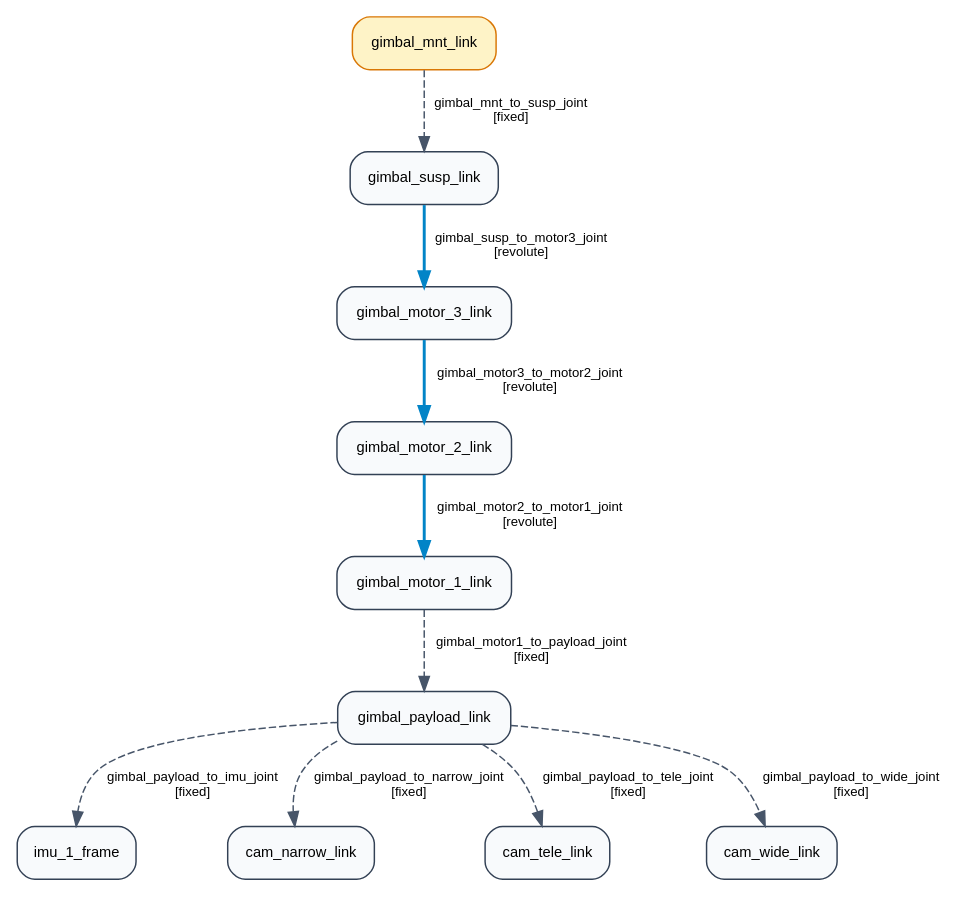
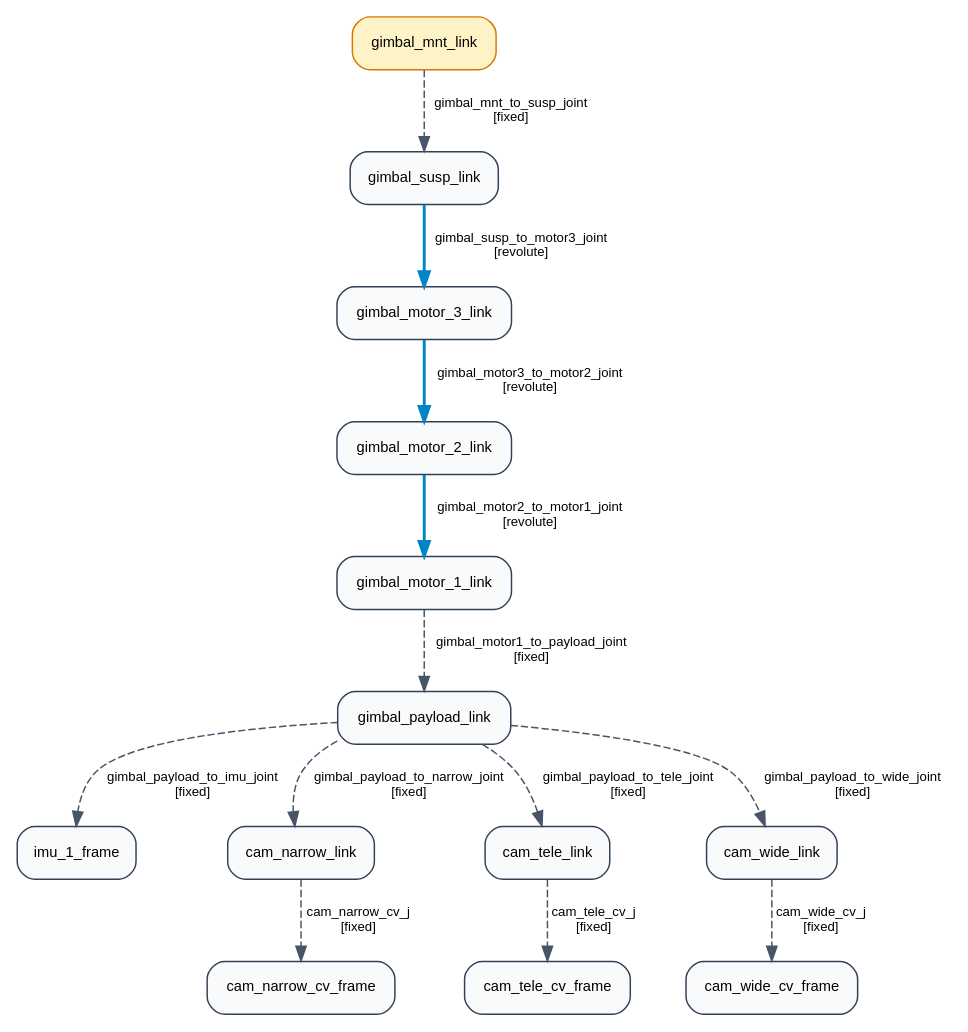
Before and after one commit to KelvinHuang-ASUS/virgo-kinematics-verification: the diagram in output/03_cad_coordinate_alignment/virgo_gimbal_joint_graph.gv, drawn with Graphviz. The commit also changed 11 other files, not shown here.

```diff
--- a/output/03_cad_coordinate_alignment/virgo_gimbal_joint_graph.gv
+++ b/output/03_cad_coordinate_alignment/virgo_gimbal_joint_graph.gv
@@ -1,26 +1,32 @@
 digraph G {
   rankdir=TB;
   node [fontname="Helvetica", fontsize=10, shape=box, style="filled,rounded"];
   edge [fontname="Helvetica", fontsize=9];
 
   "gimbal_mnt_link" [fillcolor="#FEF3C7", color="#D97706", label="gimbal_mnt_link"];
   "gimbal_susp_link" [fillcolor="#F8FAFC", color="#334155", label="gimbal_susp_link"];
   "gimbal_motor_3_link" [fillcolor="#F8FAFC", color="#334155", label="gimbal_motor_3_link"];
   "gimbal_motor_2_link" [fillcolor="#F8FAFC", color="#334155", label="gimbal_motor_2_link"];
   "gimbal_motor_1_link" [fillcolor="#F8FAFC", color="#334155", label="gimbal_motor_1_link"];
   "gimbal_payload_link" [fillcolor="#F8FAFC", color="#334155", label="gimbal_payload_link"];
   "imu_1_frame" [fillcolor="#F8FAFC", color="#334155", label="imu_1_frame"];
   "cam_narrow_link" [fillcolor="#F8FAFC", color="#334155", label="cam_narrow_link"];
   "cam_tele_link" [fillcolor="#F8FAFC", color="#334155", label="cam_tele_link"];
   "cam_wide_link" [fillcolor="#F8FAFC", color="#334155", label="cam_wide_link"];
+  "cam_narrow_cv_frame" [fillcolor="#F8FAFC", color="#334155", label="cam_narrow_cv_frame"];
+  "cam_tele_cv_frame" [fillcolor="#F8FAFC", color="#334155", label="cam_tele_cv_frame"];
+  "cam_wide_cv_frame" [fillcolor="#F8FAFC", color="#334155", label="cam_wide_cv_frame"];
 
   "gimbal_mnt_link" -> "gimbal_susp_link" [label="gimbal_mnt_to_susp_joint\n[fixed]", style="dashed", color="#475569"];
   "gimbal_susp_link" -> "gimbal_motor_3_link" [label="gimbal_susp_to_motor3_joint\n[revolute]", color="#0284C7", style="bold"];
   "gimbal_motor_3_link" -> "gimbal_motor_2_link" [label="gimbal_motor3_to_motor2_joint\n[revolute]", color="#0284C7", style="bold"];
   "gimbal_motor_2_link" -> "gimbal_motor_1_link" [label="gimbal_motor2_to_motor1_joint\n[revolute]", color="#0284C7", style="bold"];
   "gimbal_motor_1_link" -> "gimbal_payload_link" [label="gimbal_motor1_to_payload_joint\n[fixed]", style="dashed", color="#475569"];
   "gimbal_payload_link" -> "imu_1_frame" [label="gimbal_payload_to_imu_joint\n[fixed]", style="dashed", color="#475569"];
   "gimbal_payload_link" -> "cam_narrow_link" [label="gimbal_payload_to_narrow_joint\n[fixed]", style="dashed", color="#475569"];
   "gimbal_payload_link" -> "cam_tele_link" [label="gimbal_payload_to_tele_joint\n[fixed]", style="dashed", color="#475569"];
   "gimbal_payload_link" -> "cam_wide_link" [label="gimbal_payload_to_wide_joint\n[fixed]", style="dashed", color="#475569"];
+  "cam_narrow_link" -> "cam_narrow_cv_frame" [label="cam_narrow_cv_j\n[fixed]", style="dashed", color="#475569"];
+  "cam_tele_link" -> "cam_tele_cv_frame" [label="cam_tele_cv_j\n[fixed]", style="dashed", color="#475569"];
+  "cam_wide_link" -> "cam_wide_cv_frame" [label="cam_wide_cv_j\n[fixed]", style="dashed", color="#475569"];
 }
```
